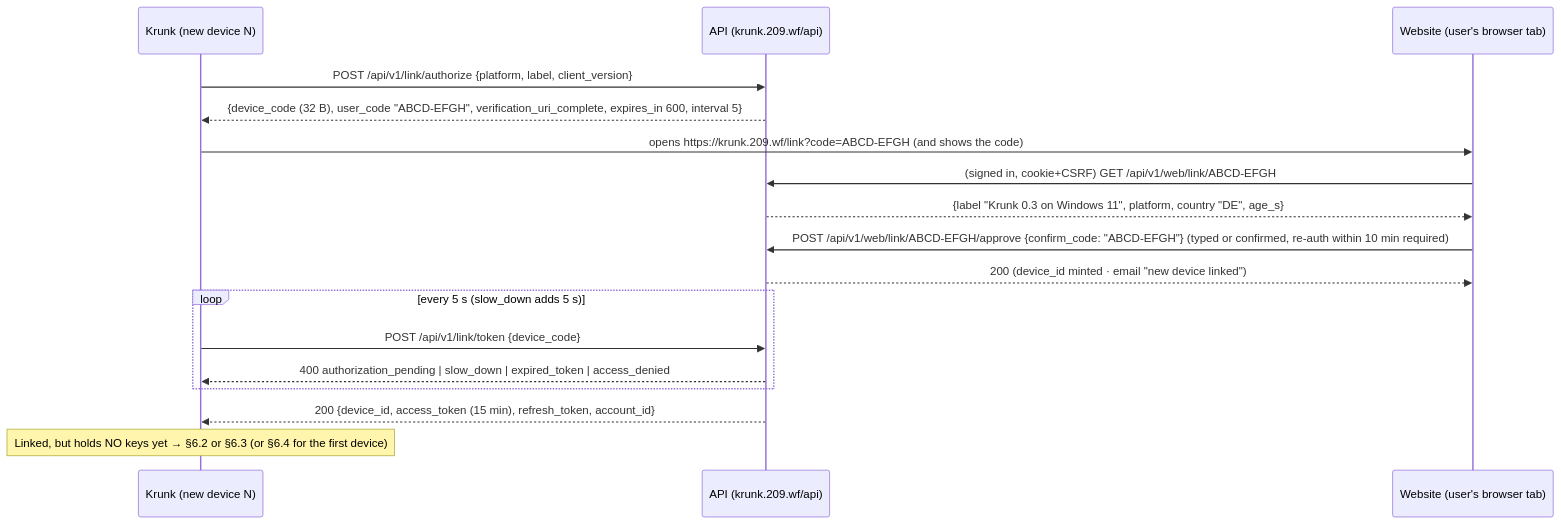
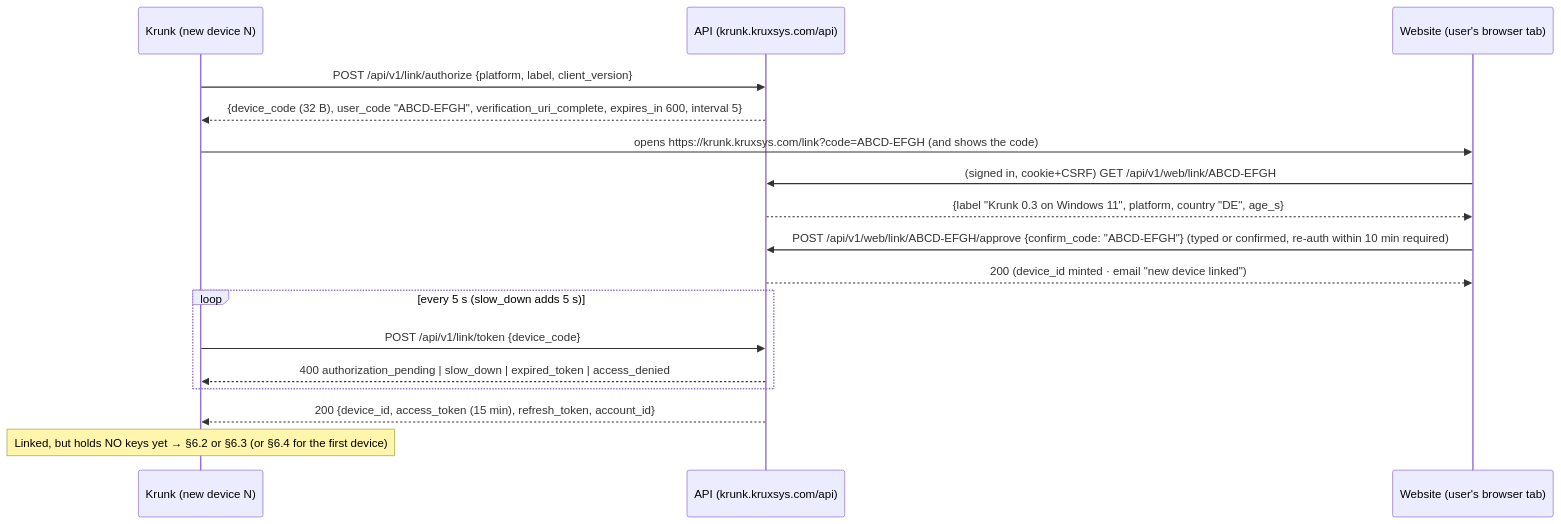
One commit to KruxSYS/krunk changed the first of 5 diagrams in docs/sync/PROTOCOL.md. Above: the diagram before and after it, drawn with Mermaid. The commit also changed other lines of this file and 61 other files, not shown here.

````diff
--- a/docs/sync/PROTOCOL.md
+++ b/docs/sync/PROTOCOL.md
@@ -253,19 +253,19 @@
 ```mermaid
 sequenceDiagram
     participant B as Krunk (new device N)
-    participant S as API (krunk.209.wf/api)
+    participant S as API (krunk.kruxsys.com/api)
     participant W as Website (user's browser tab)
     B->>S: POST /api/v1/link/authorize {platform, label, client_version}
     S-->>B: {device_code (32 B), user_code "ABCD-EFGH", verification_uri_complete, expires_in 600, interval 5}
-    B->>W: opens https://krunk.209.wf/link?code=ABCD-EFGH (and shows the code)
+    B->>W: opens https://krunk.kruxsys.com/link?code=ABCD-EFGH (and shows the code)
     W->>S: (signed in, cookie+CSRF) GET /api/v1/web/link/ABCD-EFGH
     S-->>W: {label "Krunk 0.3 on Windows 11", platform, country "DE", age_s}
     W->>S: POST /api/v1/web/link/ABCD-EFGH/approve {confirm_code: "ABCD-EFGH"} (typed or confirmed, re-auth within 10 min required)
     S-->>W: 200 (device_id minted · email "new device linked")
     loop every 5 s (slow_down adds 5 s)
         B->>S: POST /api/v1/link/token {device_code}
         S-->>B: 400 authorization_pending | slow_down | expired_token | access_denied
     end
     S-->>B: 200 {device_id, access_token (15 min), refresh_token, account_id}
     Note over B: Linked, but holds NO keys yet → §6.2 or §6.3 (or §6.4 for the first device)
 ```
````
